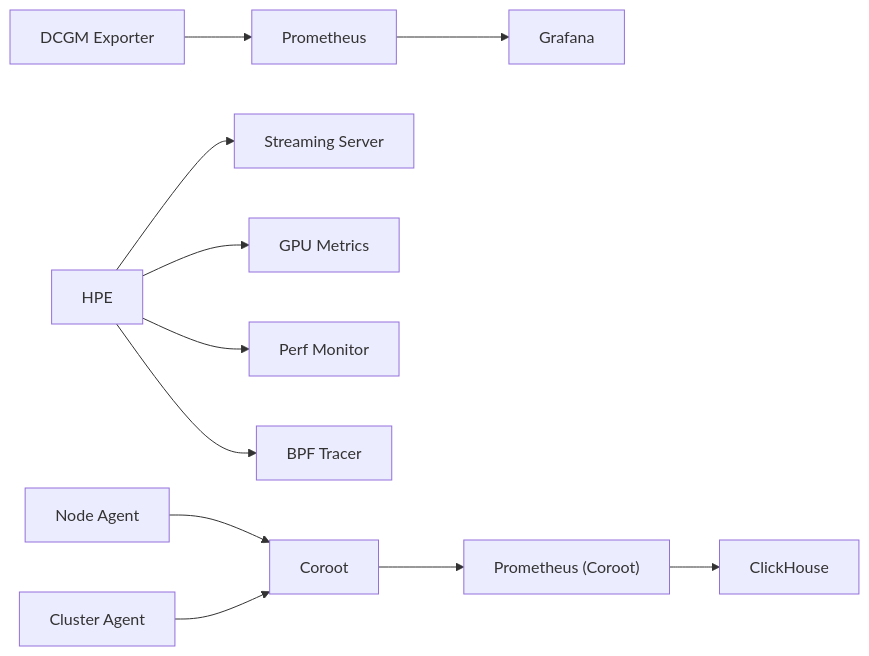
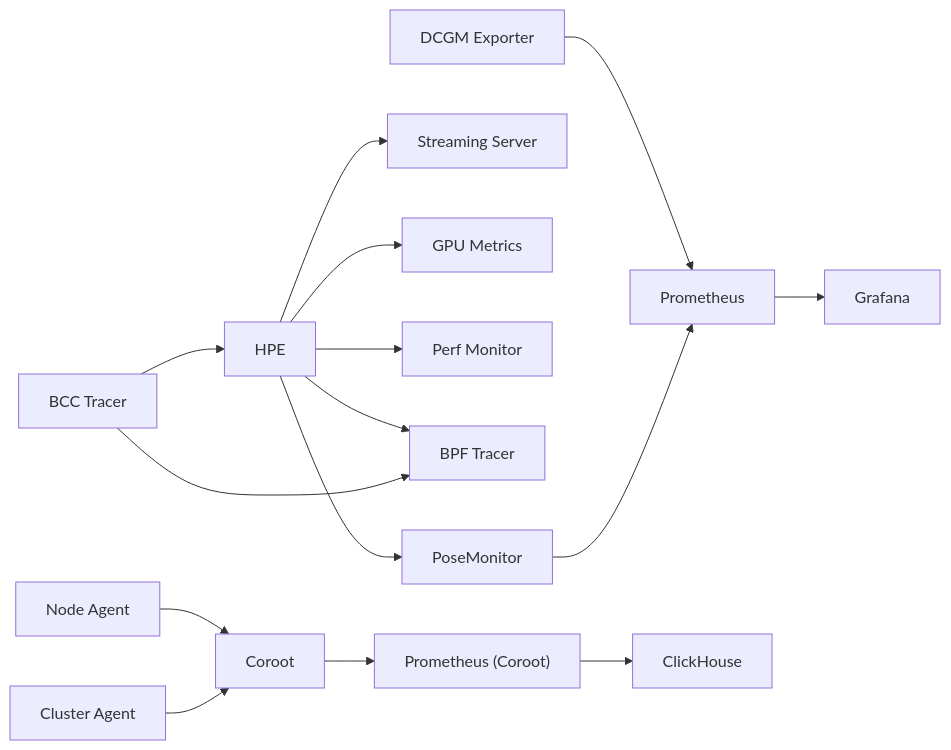
The sixth of 6 diagrams in .qoder/repowiki/en/content/Deployment Infrastructure/Monitoring and Observability Stack.md (Fogus-Gr/MeasurementsDTs), drawn with Mermaid before and after one commit. The commit also changed other lines of this file and 8 other files, not shown here.

````diff
--- a/.qoder/repowiki/en/content/Deployment Infrastructure/Monitoring and Observability Stack.md
+++ b/.qoder/repowiki/en/content/Deployment Infrastructure/Monitoring and Observability Stack.md
@@ -259,13 +408,17 @@
 ```mermaid
 graph LR
 DCGM["DCGM Exporter"] --> PROM["Prometheus"]
 PROM --> GRAF["Grafana"]
 HPE["HPE"] --> STREAM["Streaming Server"]
 HPE --> GPU_METRICS["GPU Metrics"]
 HPE --> PERF["Perf Monitor"]
 HPE --> BPF["BPF Tracer"]
+HPE --> POSE["PoseMonitor"]
+BCC["BCC Tracer"] --> BPF
+BCC --> HPE
+POSE --> PROM
 PROM2["Prometheus (Coroot)"] --> CH["ClickHouse"]
 COROOT["Coroot"] --> PROM2
 NODE["Node Agent"] --> COROOT
 CLUS["Cluster Agent"] --> COROOT
 ```
````
